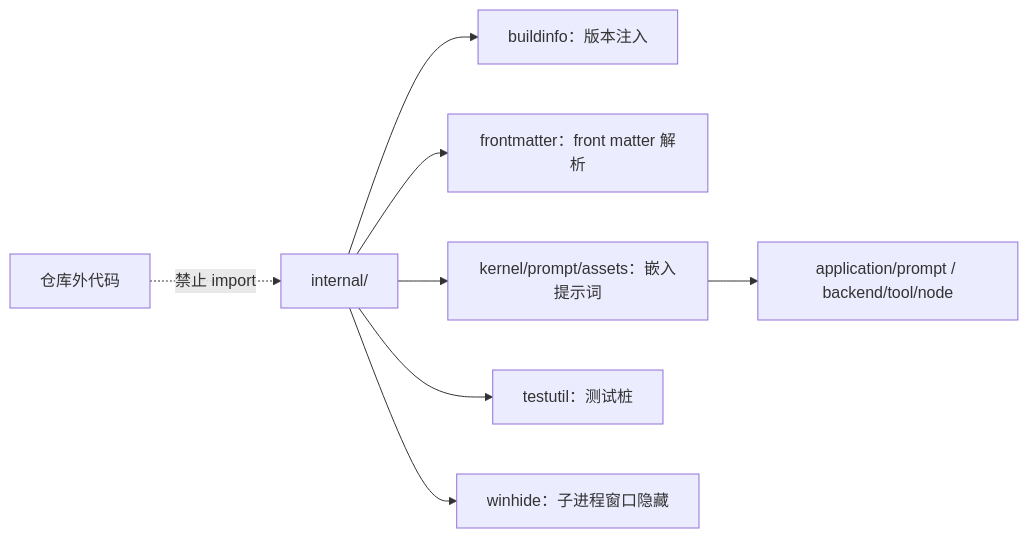
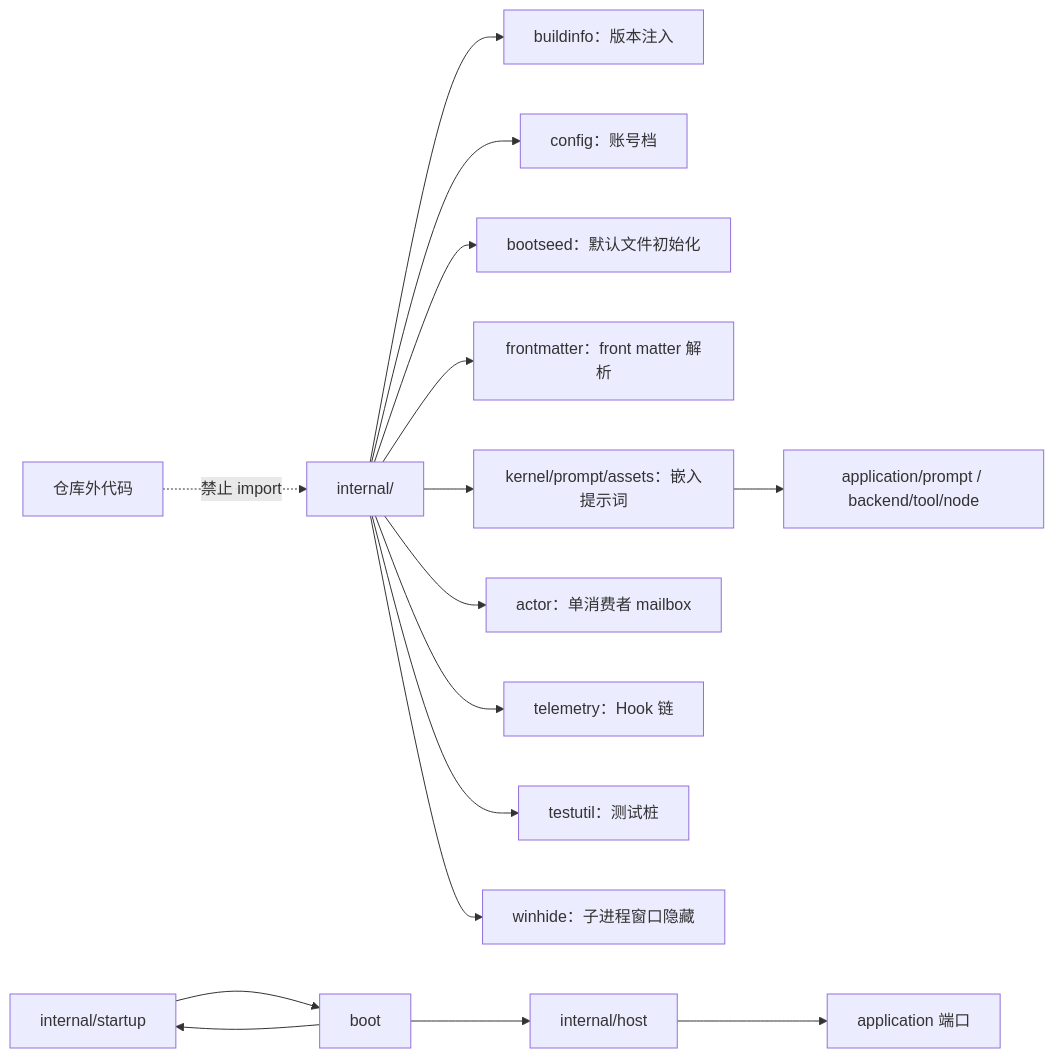
Before and after one commit to RedHuang-0622/seelex: the diagram in internal/README.md, drawn with Mermaid. The commit also changed other lines of this file and 4 other files, not shown here.

First line of the commit message:
docs(architecture): document boot and host ownership

````diff
--- a/internal/README.md
+++ b/internal/README.md
@@ -19,10 +38,18 @@
 ```mermaid
 flowchart LR
     OUT["仓库外代码"] -.->|禁止 import| INTERNAL["internal/"]
+    START["internal/startup"] --> BOOT["boot"]
+    HOST["internal/host"] --> APP["application 端口"]
+    BOOT --> HOST
+    BOOT --> START
     INTERNAL --> B["buildinfo：版本注入"]
+    INTERNAL --> C["config：账号档"]
+    INTERNAL --> BS["bootseed：默认文件初始化"]
     INTERNAL --> F["frontmatter：front matter 解析"]
     INTERNAL --> P["kernel/prompt/assets：嵌入提示词"]
+    INTERNAL --> A["actor：单消费者 mailbox"]
+    INTERNAL --> TEL["telemetry：Hook 链"]
     INTERNAL --> T["testutil：测试桩"]
     INTERNAL --> W["winhide：子进程窗口隐藏"]
     P --> PROMPT["application/prompt / backend/tool/node"]
 ```
````
